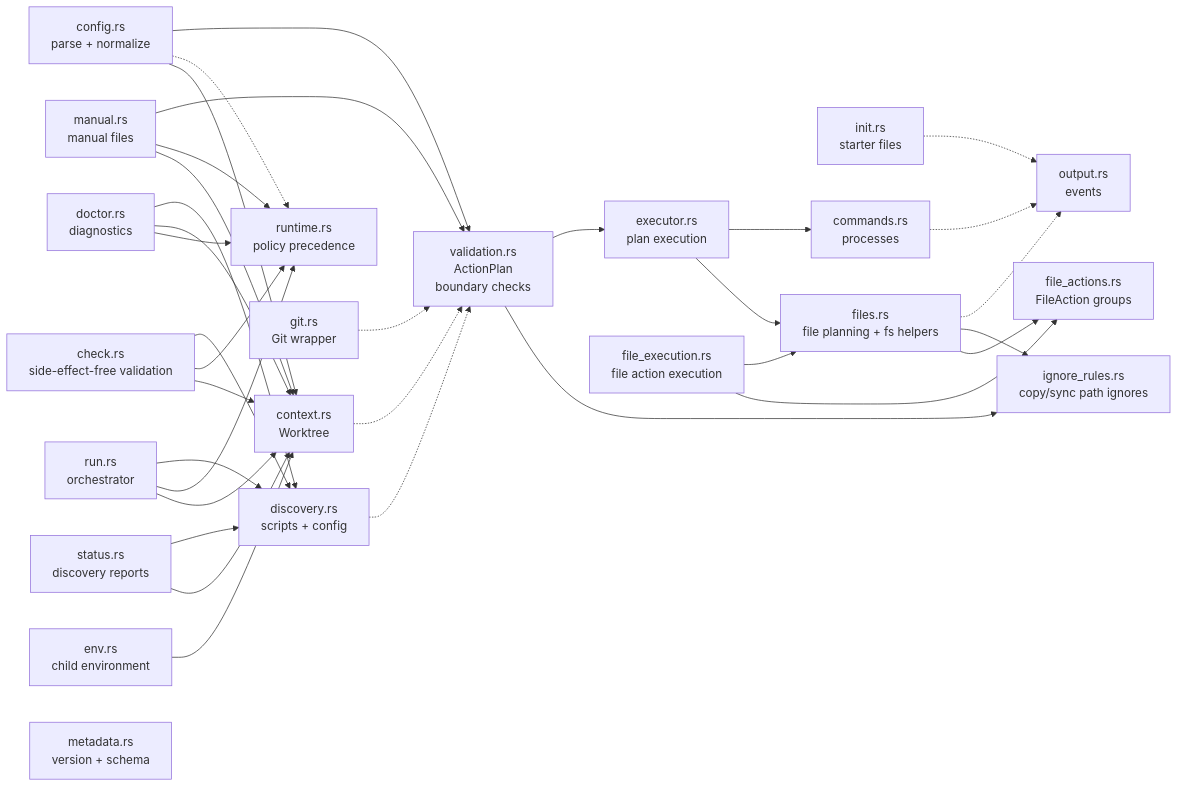
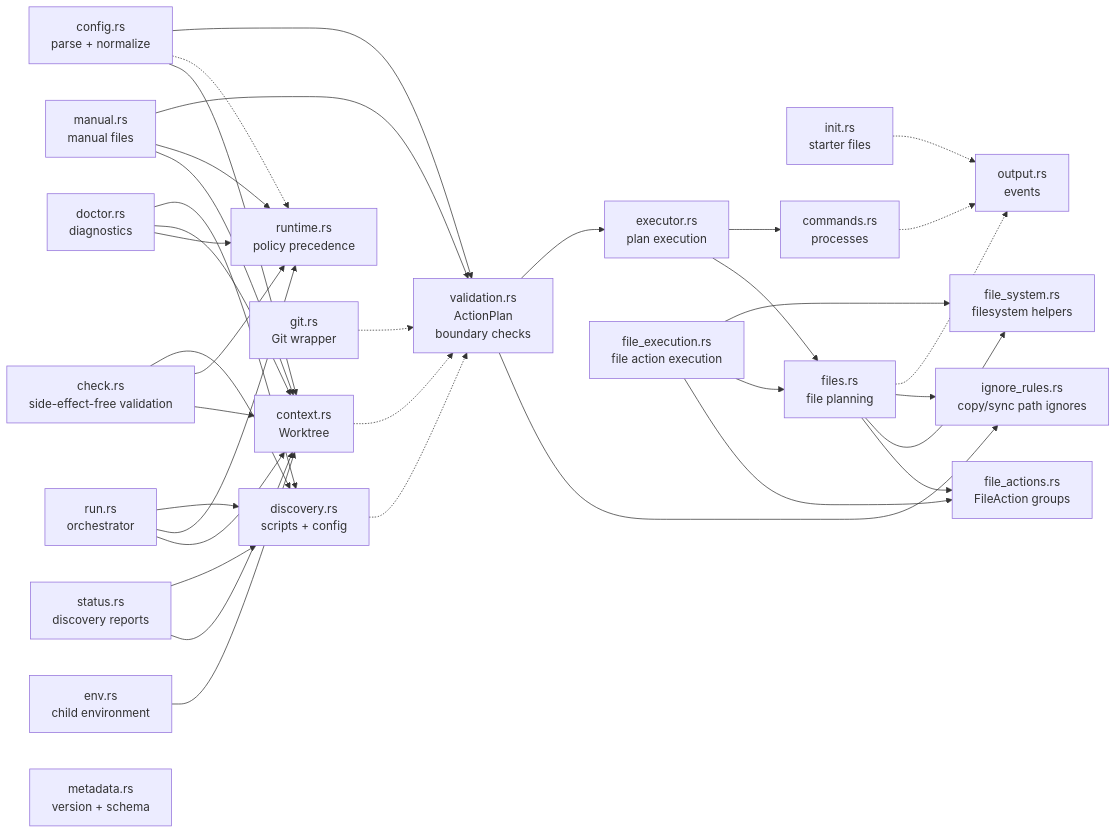
One commit to jimeh/treeboot changed the fifth of 5 diagrams in docs/ARCHITECTURE.md. Above: the diagram before and after it, drawn with Mermaid. The commit also changed other lines of this file and 5 other files, not shown here.

First line of the commit message:
refactor: separate filesystem helpers

````diff
--- a/docs/ARCHITECTURE.md
+++ b/docs/ARCHITECTURE.md
@@ -204,57 +204,60 @@
 ```mermaid
 flowchart LR
   RUN["run.rs<br/>orchestrator"]
   STATUS["status.rs<br/>discovery reports"]
   CHECK["check.rs<br/>side-effect-free validation"]
   DOCTOR["doctor.rs<br/>diagnostics"]
   ENV["env.rs<br/>child environment"]
   MANUAL["manual.rs<br/>manual files"]
   CONFIG["config.rs<br/>parse + normalize"]
   RUNTIME["runtime.rs<br/>policy precedence"]
   INIT["init.rs<br/>starter files"]
   META["metadata.rs<br/>version + schema"]
   CONTEXT["context.rs<br/>Worktree"]
   DISC["discovery.rs<br/>scripts + config"]
   GIT["git.rs<br/>Git wrapper"]
   IGNORE["ignore_rules.rs<br/>copy/sync path ignores"]
   EXEC["executor.rs<br/>plan execution"]
   VALID["validation.rs<br/>ActionPlan<br/>boundary checks"]
   FILE_ACTIONS["file_actions.rs<br/>FileAction groups"]
   FILE_EXECUTION["file_execution.rs<br/>file action execution"]
-  FILES["files.rs<br/>file planning + fs helpers"]
+  FILE_SYSTEM["file_system.rs<br/>filesystem helpers"]
+  FILES["files.rs<br/>file planning"]
   CMDS["commands.rs<br/>processes"]
   OUT["output.rs<br/>events"]
 
   RUN --> CONTEXT
   RUN --> RUNTIME
   RUN --> DISC
   STATUS --> CONTEXT
   STATUS --> DISC
   CHECK --> CONTEXT
   CHECK --> RUNTIME
   CHECK --> DISC
   DOCTOR --> RUNTIME
   DOCTOR --> CONTEXT
   DOCTOR --> DISC
   ENV --> CONTEXT
   MANUAL --> CONTEXT
   MANUAL --> RUNTIME
   CONFIG --> CONTEXT
   CONFIG -.-> RUNTIME
   CONTEXT -.-> VALID
   DISC -.-> VALID
   GIT -.-> VALID
   CONFIG --> VALID
   MANUAL --> VALID
   VALID --> IGNORE
   FILES --> FILE_ACTIONS
   FILE_EXECUTION --> FILE_ACTIONS
   FILE_EXECUTION --> FILES
+  FILE_EXECUTION --> FILE_SYSTEM
+  FILES --> FILE_SYSTEM
   FILES --> IGNORE
   VALID --> EXEC
   EXEC --> FILES
   EXEC --> CMDS
   INIT -.-> OUT
   FILES -.-> OUT
   CMDS -.-> OUT
 ```
````
